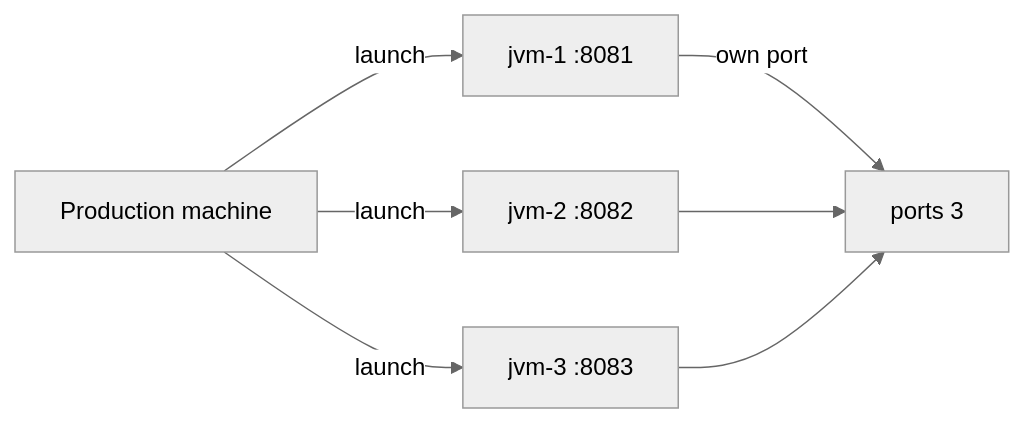
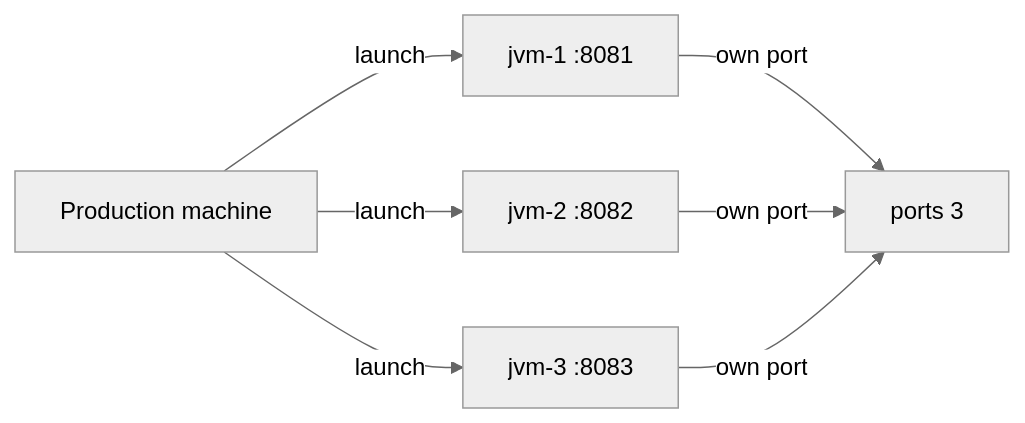
Diagram 11 of 13 in docs/ch39-language-specific-packaging-format.md (vinayakuber/microservices-io-study-guide), drawn with Mermaid (neutral theme) before and after one commit. The commit also changed other lines of this file and 71 other files, not shown here.

First line of the commit message:
R18: label every diagram arrow with its meaning

````diff
--- a/docs/ch39-language-specific-packaging-format.md
+++ b/docs/ch39-language-specific-packaging-format.md
@@ -346,9 +346,9 @@
 ```mermaid
 flowchart LR
   MACH["Production machine"] -->|"launch"| J1["jvm-1 :8081"]
   MACH -->|"launch"| J2["jvm-2 :8082"]
   MACH -->|"launch"| J3["jvm-3 :8083"]
   J1 -->|"own port"| P["ports 3"]
-  J2 --> P
-  J3 --> P
+  J2 -->|"own port"| P
+  J3 -->|"own port"| P
 ```
````
